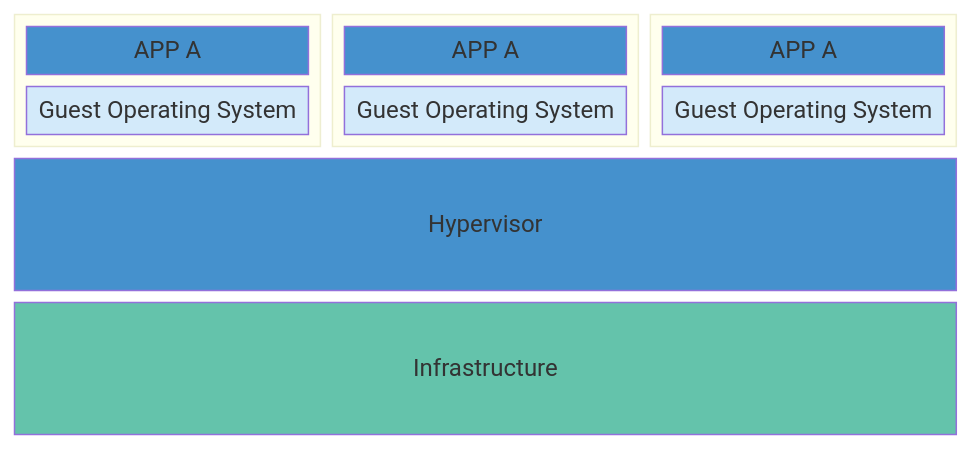
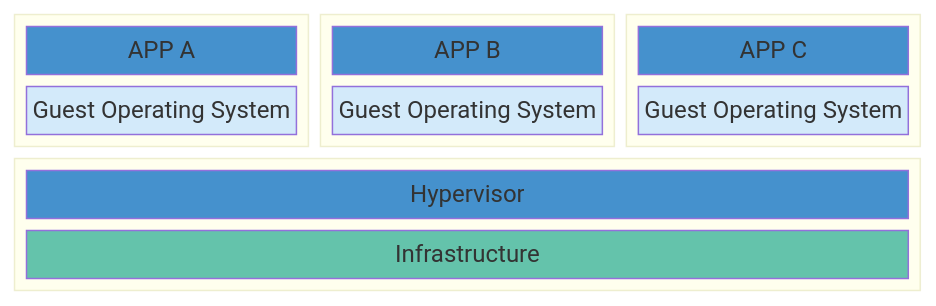
Before and after one commit to ricardo-z-chao/ricardo-z-chao.github.io: the first of 2 diagrams in src/notes/docker.md, drawn with Mermaid. The commit also changed other lines of this file and 7 other files, not shown here.

````diff
--- a/src/notes/docker.md
+++ b/src/notes/docker.md
@@ -9,27 +9,34 @@
 ```mermaid
 block-beta
-  columns 6
-  block:vm_1:2
+  columns 3
+
+  block:vm_1:1
     columns 1
-    vm_1_1["APP A"]
-    vm_1_2["Guest Operating System"]
+    APP_A["APP A"]
+    SYS_1["Guest Operating System"]
   end
-  block:vm_2:2
+
+  block:vm_2:1
     columns 1
-    vm_2_1["APP A"]
-    vm_2_2["Guest Operating System"]
+    APP_B["APP B"]
+    SYS_2["Guest Operating System"]
   end
-  block:vm_3:2
+
+  block:vm_3:1
     columns 1
-    vm_3_1["APP A"]
-    vm_3_2["Guest Operating System"]
+    APP_C["APP C"]
+    SYS_3["Guest Operating System"]
   end
-  a["Hypervisor"]:6
-  b["Infrastructure"]:6
+
+  block:machine:3
+    columns 1
+    Hypervisor["Hypervisor"]
+    I["Infrastructure"]
+  end
 
   classDef APP fill:#4591cd,color:#FFF
-  class vm_1_1,vm_2_1,vm_3_1,a APP
+  class APP_A,APP_B,APP_C,Hypervisor APP
   classDef System fill:#d3eafa,color:#000
-  class vm_1_2,vm_2_2,vm_3_2 System
-  style b fill:#64c3ab,color:#FFF
+  class SYS_1,SYS_2,SYS_3 System
+  style I fill:#64c3ab,color:#FFF
 ```
````
